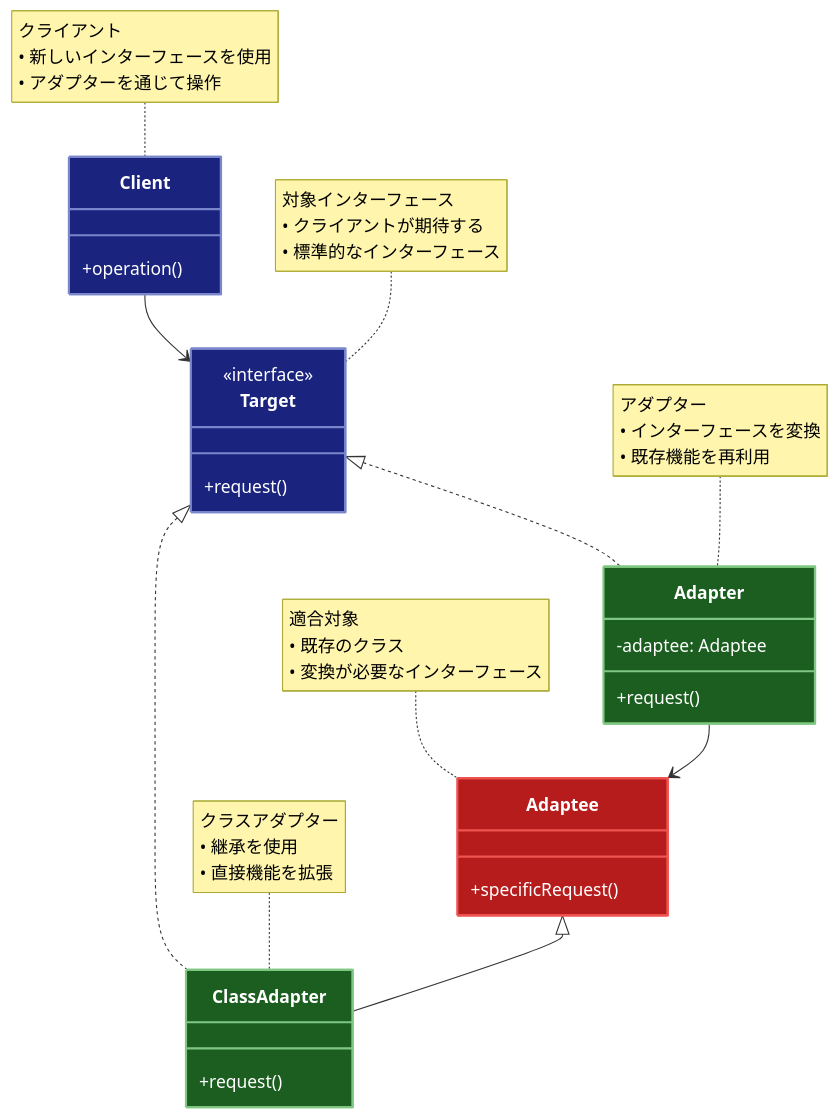
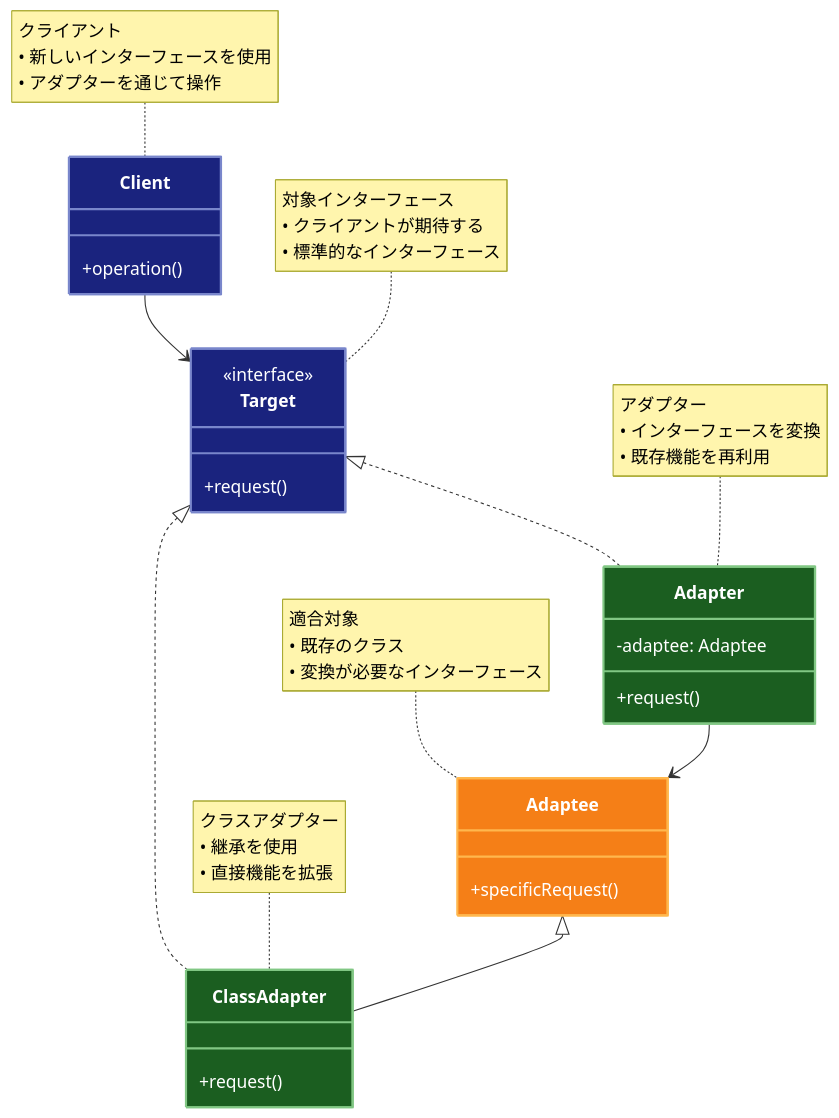
The diagram in adapter.md (unok/design-patterns), drawn with Mermaid before and after one commit. The commit also changed other lines of this file and 9 other files, not shown here.

````diff
--- a/adapter.md
+++ b/adapter.md
@@ -45,52 +136,52 @@
 ```mermaid
 classDiagram
     class Client {
         +operation()
     }
     note for Client "クライアント
 • 新しいインターフェースを使用
 • アダプターを通じて操作"
 
     class Target {
         <<interface>>
         +request()
     }
     note for Target "対象インターフェース
 • クライアントが期待する
 • 標準的なインターフェース"
 
     class Adapter {
         -adaptee: Adaptee
         +request()
     }
     note for Adapter "アダプター
 • インターフェースを変換
 • 既存機能を再利用"
 
     class Adaptee {
         +specificRequest()
     }
     note for Adaptee "適合対象
 • 既存のクラス
 • 変換が必要なインターフェース"
 
     class ClassAdapter {
         +request()
     }
     note for ClassAdapter "クラスアダプター
 • 継承を使用
 • 直接機能を拡張"
 
     Client --> Target
     Target <|.. Adapter
     Adapter --> Adaptee
     Target <|.. ClassAdapter
     Adaptee <|-- ClassAdapter
     
     %% スタイル定義
     style Client fill:#1a237e,stroke:#7986cb,stroke-width:2px,color:#ffffff
     style Target fill:#1a237e,stroke:#7986cb,stroke-width:2px,color:#ffffff
     style Adapter fill:#1b5e20,stroke:#81c784,stroke-width:2px,color:#ffffff
+    style Adaptee fill:#f57f17,stroke:#ffb74d,stroke-width:2px,color:#ffffff
     style ClassAdapter fill:#1b5e20,stroke:#81c784,stroke-width:2px,color:#ffffff
-    style Adaptee fill:#b71c1c,stroke:#ef5350,stroke-width:2px,color:#ffffff
 ```
````
